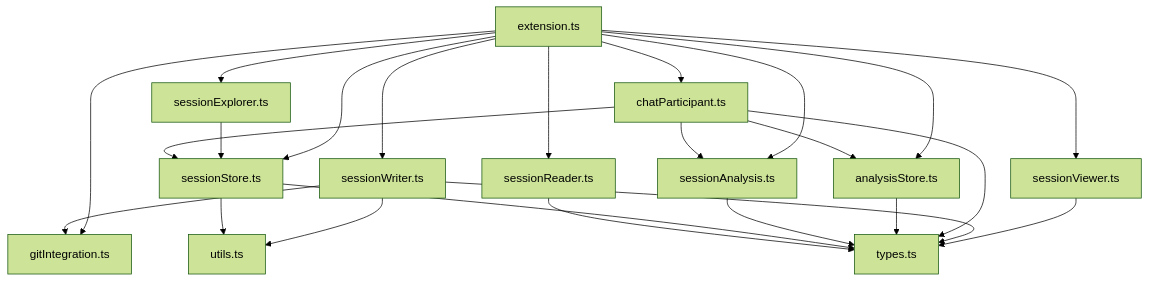
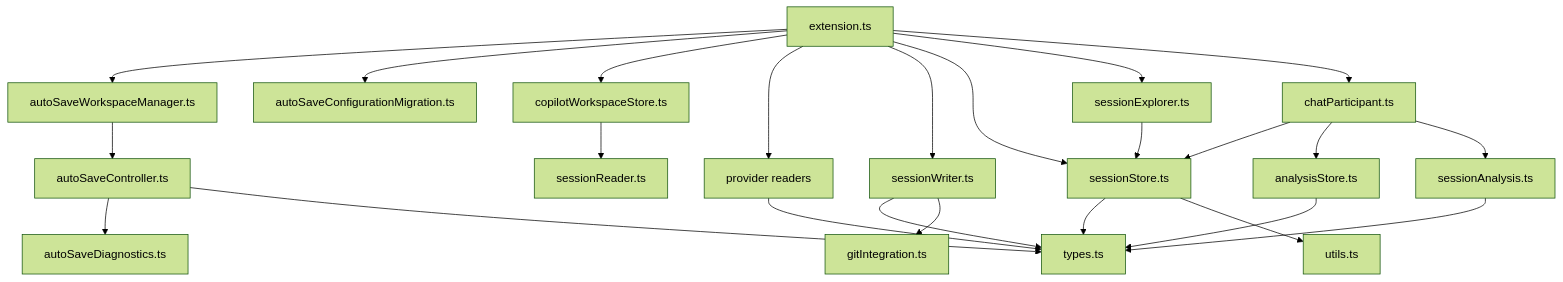
The diagram in wiki/file-manifest.md (Tempuskg/session-control), drawn with Mermaid (forest theme) before and after one commit. The commit also changed other lines of this file and 94 other files, not shown here.

First line of the commit message:
Add unit tests for auto-save workspace manager, CLI session readers, and extension functionality

````diff
--- a/wiki/file-manifest.md
+++ b/wiki/file-manifest.md
@@ -56,32 +68,26 @@
 ```mermaid
 graph TD
-    ext["extension.ts"] --> reader["sessionReader.ts"]
+    ext["extension.ts"] --> manager["autoSaveWorkspaceManager.ts"]
+    manager --> controller["autoSaveController.ts"]
+    controller --> diagnostics["autoSaveDiagnostics.ts"]
+    controller --> types["types.ts"]
+    ext --> migration["autoSaveConfigurationMigration.ts"]
+    ext --> copilotStore["copilotWorkspaceStore.ts"]
+    ext --> readers["provider readers"]
+    copilotStore --> sessionReader["sessionReader.ts"]
+    readers --> types
     ext --> writer["sessionWriter.ts"]
+    ext --> store["sessionStore.ts"]
+    writer --> types
+    writer --> git["gitIntegration.ts"]
+    store --> types
+    store --> utils["utils.ts"]
+    ext --> explorer["sessionExplorer.ts"]
+    explorer --> store
     ext --> cp["chatParticipant.ts"]
-    ext --> git["gitIntegration.ts"]
-    ext --> viewer["sessionViewer.ts"]
-    ext --> explorer["sessionExplorer.ts"]
-    ext --> store["sessionStore.ts"]
-  ext --> aStore["analysisStore.ts"]
-  ext --> aHelpers["sessionAnalysis.ts"]
-
-    viewer --> types
-    explorer --> store
-
-    writer --> types["types.ts"]
-    writer --> git
-    writer --> utils["utils.ts"]
-
     cp --> store
-  cp --> aStore
-  cp --> aHelpers
-    cp --> types
-
-  aStore --> types
-  aHelpers --> types
-
-    store --> types
-    store --> utils
-
-    reader --> types
+    cp --> aStore["analysisStore.ts"]
+    cp --> aHelpers["sessionAnalysis.ts"]
+    aStore --> types
+    aHelpers --> types
 ```
````
